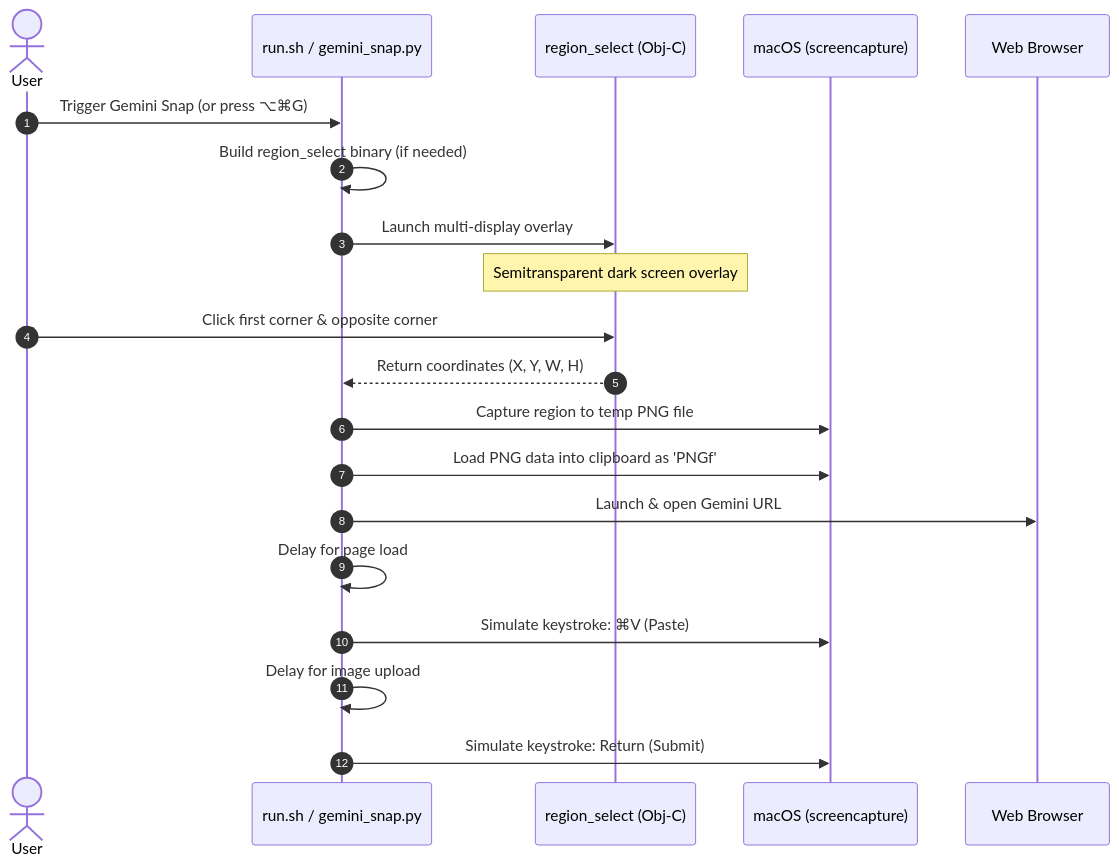
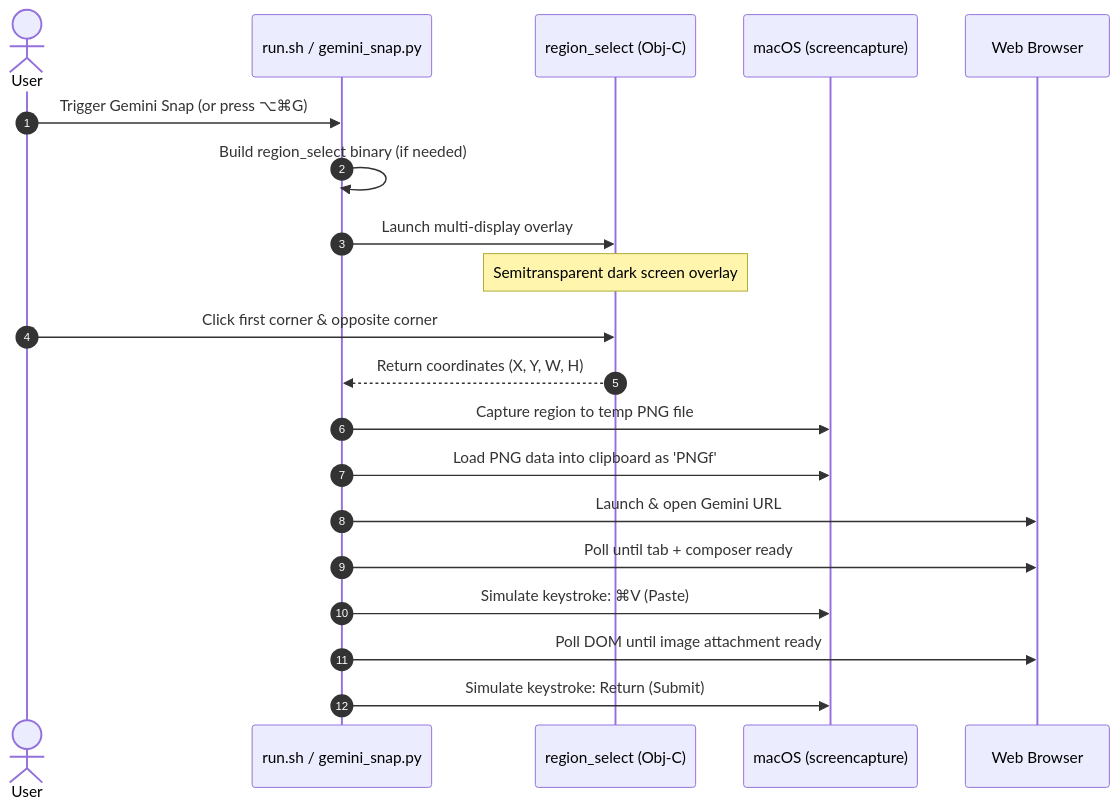
Before and after one commit to robertoffmoura/gemini-snap: the diagram in README.md, drawn with Mermaid. The commit also changed other lines of this file and 1 other file, not shown here.

Commit message:
Add smart DOM polling for composer readiness and image attachment

````diff
--- a/README.md
+++ b/README.md
@@ -11,23 +11,23 @@
 ```mermaid
 sequenceDiagram
 	autonumber
 	actor User
 	participant Script as run.sh / gemini_snap.py
 	participant Overlay as region_select (Obj-C)
 	participant OS as macOS (screencapture)
 	participant Browser as Web Browser
 
 	User->>Script: Trigger Gemini Snap (or press ⌥⌘G)
 	Script->>Script: Build region_select binary (if needed)
 	Script->>Overlay: Launch multi-display overlay
 	Note over Overlay: Semitransparent dark screen overlay
 	User->>Overlay: Click first corner & opposite corner
 	Overlay-->>Script: Return coordinates (X, Y, W, H)
 	Script->>OS: Capture region to temp PNG file
 	Script->>OS: Load PNG data into clipboard as 'PNGf'
 	Script->>Browser: Launch & open Gemini URL
-	Script->>Script: Delay for page load
+	Script->>Browser: Poll until tab + composer ready
 	Script->>OS: Simulate keystroke: ⌘V (Paste)
-	Script->>Script: Delay for image upload
+	Script->>Browser: Poll DOM until image attachment ready
 	Script->>OS: Simulate keystroke: Return (Submit)
 ```
````
